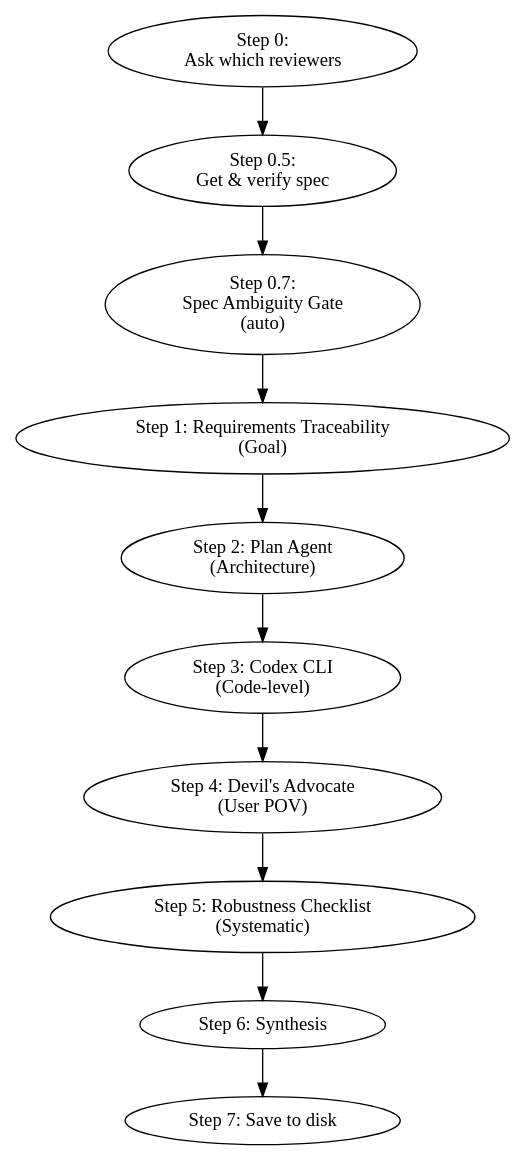
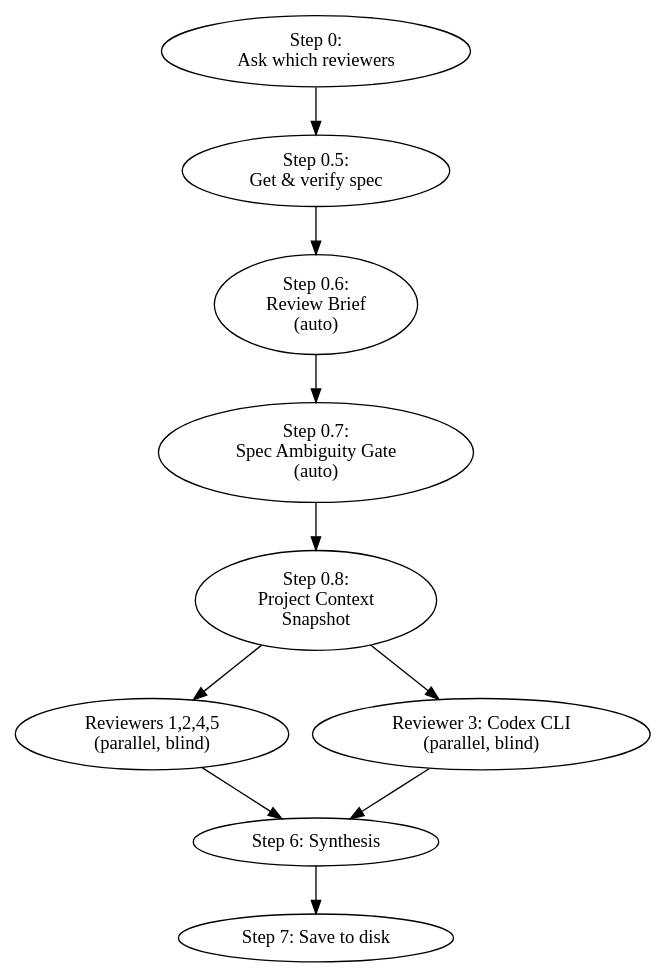
The diagram in multi-layer-review/SKILL.md (GuruDevvv/my-claude-skills), drawn with Graphviz before and after one commit. The commit also changed other lines of this file, not shown here.

First line of the commit message:
multi-layer-review v3.0: blind reviews, project context, review brief

````diff
--- a/multi-layer-review/SKILL.md
+++ b/multi-layer-review/SKILL.md
@@ -97,13 +153,13 @@
 ```dot
 digraph review {
     "Step 0:\nAsk which reviewers" -> "Step 0.5:\nGet & verify spec";
-    "Step 0.5:\nGet & verify spec" -> "Step 0.7:\nSpec Ambiguity Gate\n(auto)";
-    "Step 0.7:\nSpec Ambiguity Gate\n(auto)" -> "Step 1: Requirements Traceability\n(Goal)";
-    "Step 1: Requirements Traceability\n(Goal)" -> "Step 2: Plan Agent\n(Architecture)";
-    "Step 2: Plan Agent\n(Architecture)" -> "Step 3: Codex CLI\n(Code-level)";
-    "Step 3: Codex CLI\n(Code-level)" -> "Step 4: Devil's Advocate\n(User POV)";
-    "Step 4: Devil's Advocate\n(User POV)" -> "Step 5: Robustness Checklist\n(Systematic)";
-    "Step 5: Robustness Checklist\n(Systematic)" -> "Step 6: Synthesis";
+    "Step 0.5:\nGet & verify spec" -> "Step 0.6:\nReview Brief\n(auto)";
+    "Step 0.6:\nReview Brief\n(auto)" -> "Step 0.7:\nSpec Ambiguity Gate\n(auto)";
+    "Step 0.7:\nSpec Ambiguity Gate\n(auto)" -> "Step 0.8:\nProject Context\nSnapshot";
+    "Step 0.8:\nProject Context\nSnapshot" -> "Reviewers 1,2,4,5\n(parallel, blind)";
+    "Step 0.8:\nProject Context\nSnapshot" -> "Reviewer 3: Codex CLI\n(parallel, blind)";
+    "Reviewers 1,2,4,5\n(parallel, blind)" -> "Step 6: Synthesis";
+    "Reviewer 3: Codex CLI\n(parallel, blind)" -> "Step 6: Synthesis";
     "Step 6: Synthesis" -> "Step 7: Save to disk";
 }
 ```
````
